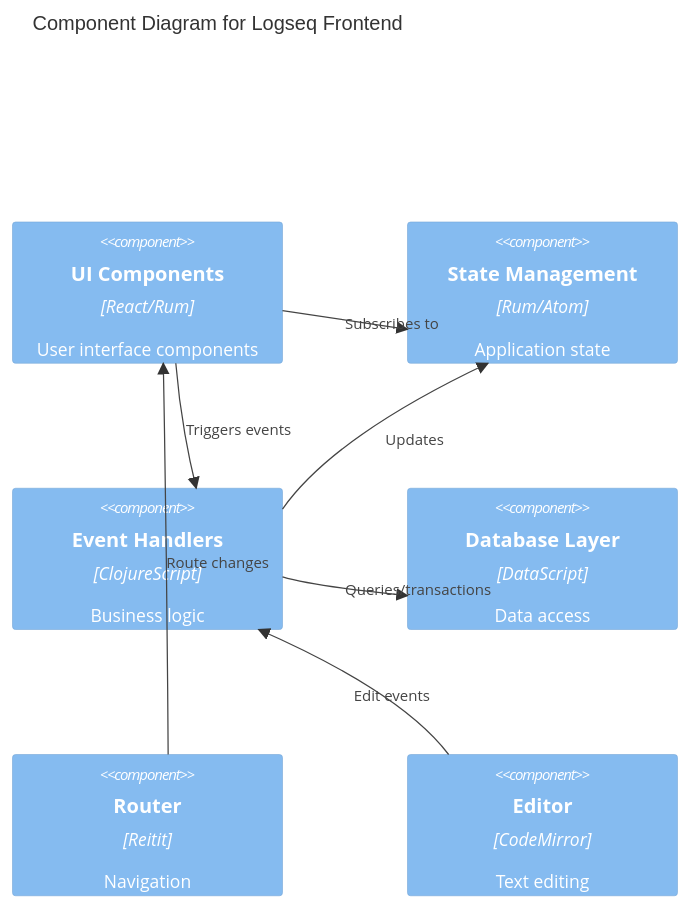
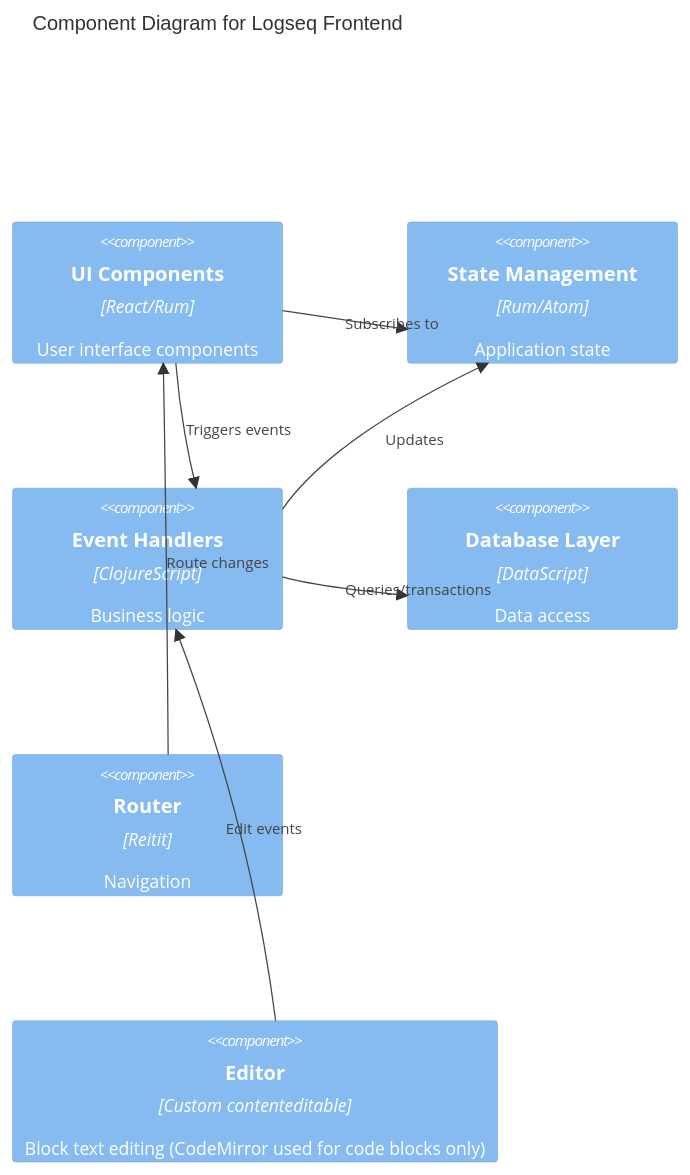
One commit to hdansou/logseq changed the third of 10 diagrams in dz/docs/02-architecture/system-architecture.md. Above: the diagram before and after it, drawn with Mermaid. The commit also changed other lines of this file and 140 other files, not shown here.

````diff
--- a/dz/docs/02-architecture/system-architecture.md
+++ b/dz/docs/02-architecture/system-architecture.md
@@ -70,18 +70,18 @@
 ```mermaid
 C4Component
     title Component Diagram for Logseq Frontend
 
     Component(ui, "UI Components", "React/Rum", "User interface components")
     Component(state, "State Management", "Rum/Atom", "Application state")
     Component(handlers, "Event Handlers", "ClojureScript", "Business logic")
     Component(db_layer, "Database Layer", "DataScript", "Data access")
     Component(router, "Router", "Reitit", "Navigation")
-    Component(editor, "Editor", "CodeMirror", "Text editing")
+    Component(editor, "Editor", "Custom contenteditable", "Block text editing (CodeMirror used for code blocks only)")
 
     Rel(ui, state, "Subscribes to")
     Rel(ui, handlers, "Triggers events")
     Rel(handlers, db_layer, "Queries/transactions")
     Rel(handlers, state, "Updates")
     Rel(router, ui, "Route changes")
     Rel(editor, handlers, "Edit events")
 ```
````
